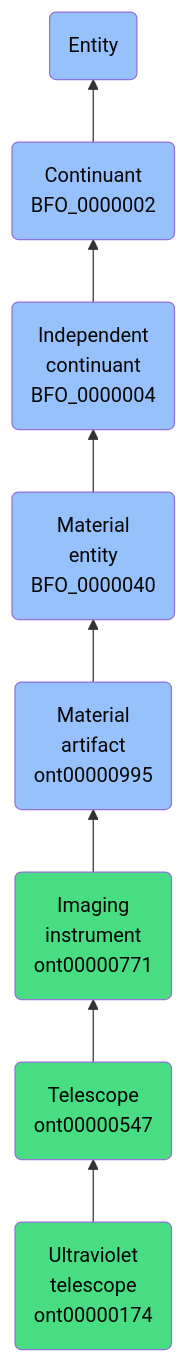
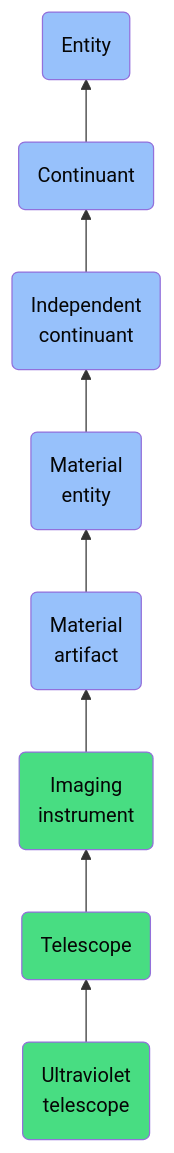
Before and after one commit to jupyter-naas/abi: the diagram in docs/ontology/reference/model/Entity/Continuant/Independent continuant/Material entity/Material artifact/Imaging instrument/Telescope/Ultraviolet telescope/Ultraviolet telescope.md, drawn with Mermaid. The commit also changed other lines of this file and 1430 other files, not shown here.

````diff
--- a/docs/ontology/reference/model/Entity/Continuant/Independent continuant/Material entity/Material artifact/Imaging instrument/Telescope/Ultraviolet telescope/Ultraviolet telescope.md
+++ b/docs/ontology/reference/model/Entity/Continuant/Independent continuant/Material entity/Material artifact/Imaging instrument/Telescope/Ultraviolet telescope/Ultraviolet telescope.md
@@ -24,15 +24,15 @@
 ```mermaid
 graph BT
-    ont00000174(Ultraviolet<br>telescope<br>ont00000174):::ABI-->ont00000547
-    ont00000547(Telescope<br>ont00000547):::ABI-->ont00000771
-    ont00000771(Imaging<br>instrument<br>ont00000771):::ABI-->ont00000995
-    ont00000995(Material<br>artifact<br>ont00000995):::BFO-->BFO_0000040
-    BFO_0000040(Material<br>entity<br>BFO_0000040):::BFO-->BFO_0000004
-    BFO_0000004(Independent<br>continuant<br>BFO_0000004):::BFO-->BFO_0000002
-    BFO_0000002(Continuant<br>BFO_0000002):::BFO-->BFO_0000001
+    ont00000174(Ultraviolet<br>telescope):::ABI-->ont00000547
+    ont00000547(Telescope):::ABI-->ont00000771
+    ont00000771(Imaging<br>instrument):::ABI-->ont00000995
+    ont00000995(Material<br>artifact):::BFO-->BFO_0000040
+    BFO_0000040(Material<br>entity):::BFO-->BFO_0000004
+    BFO_0000004(Independent<br>continuant):::BFO-->BFO_0000002
+    BFO_0000002(Continuant):::BFO-->BFO_0000001
     BFO_0000001(Entity):::BFO
     
     classDef BFO fill:#97c1fb,color:#060606
     classDef CCO fill:#e4c51e,color:#060606
     classDef ABI fill:#48DD82,color:#060606
 ```
````
